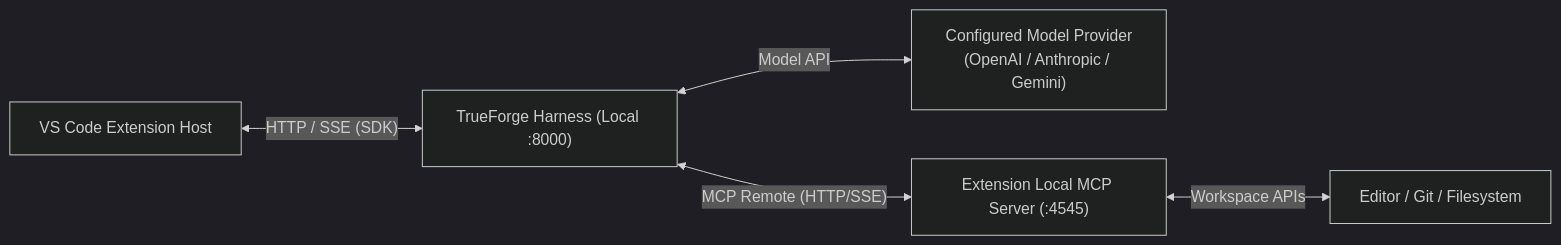
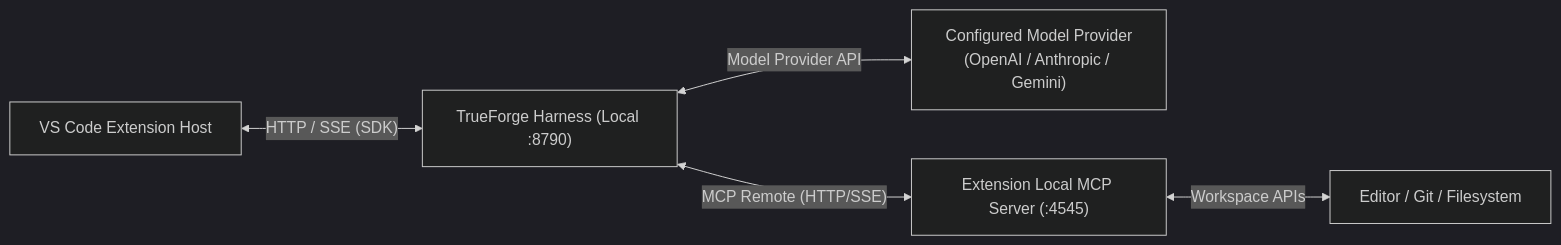
The diagram in README.md (madhavgairola/iitb-hackathon), drawn with Mermaid (dark theme) before and after one commit. The commit also changed other lines of this file and 4 other files, not shown here.

````diff
--- a/README.md
+++ b/README.md
@@ -25,7 +40,7 @@
 ```mermaid
 flowchart LR
-    VSCode["VS Code Extension Host"] <--> |"HTTP / SSE (SDK)"| TF["TrueForge Harness (Local :8000)"]
-    TF <--> |"Model API"| LLM["Configured Model Provider\n(OpenAI / Anthropic / Gemini)"]
+    VSCode["VS Code Extension Host"] <--> |"HTTP / SSE (SDK)"| TF["TrueForge Harness (Local :8790)"]
+    TF <--> |"Model Provider API"| LLM["Configured Model Provider\n(OpenAI / Anthropic / Gemini)"]
     TF <--> |"MCP Remote (HTTP/SSE)"| MCPServer["Extension Local MCP Server (:4545)"]
     MCPServer <--> |"Workspace APIs"| Workspace["Editor / Git / Filesystem"]
 ```
````
